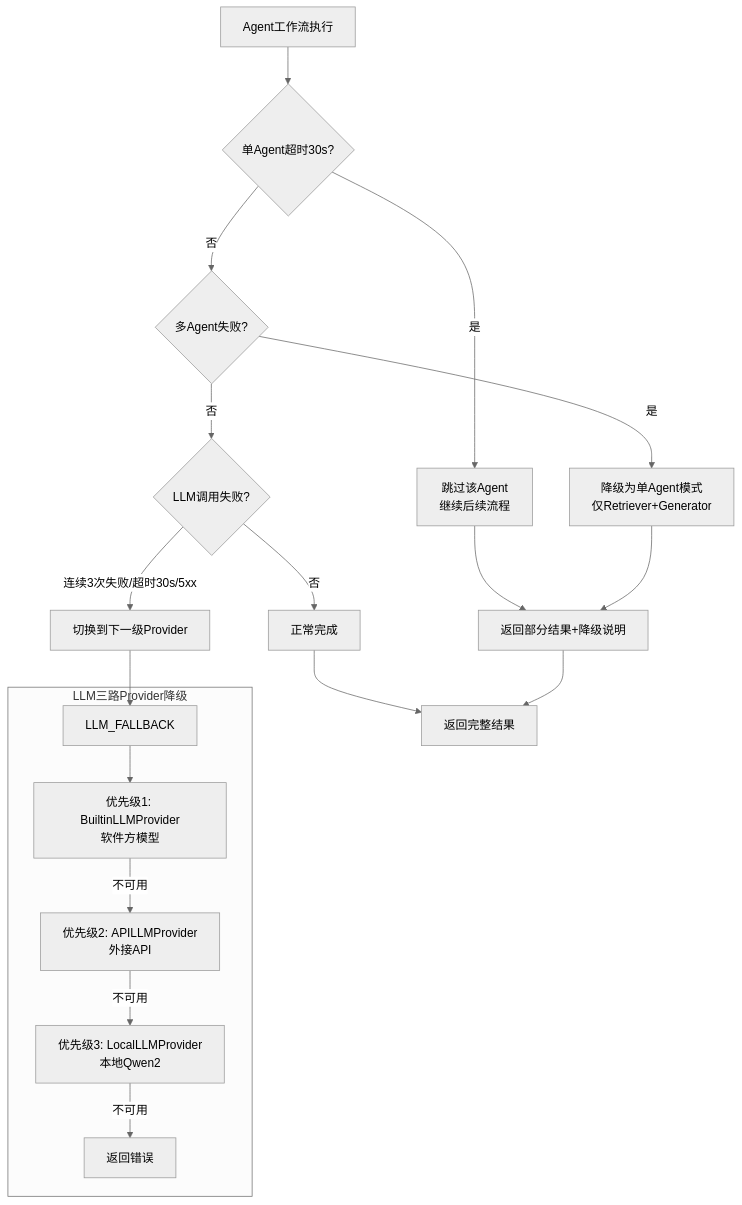
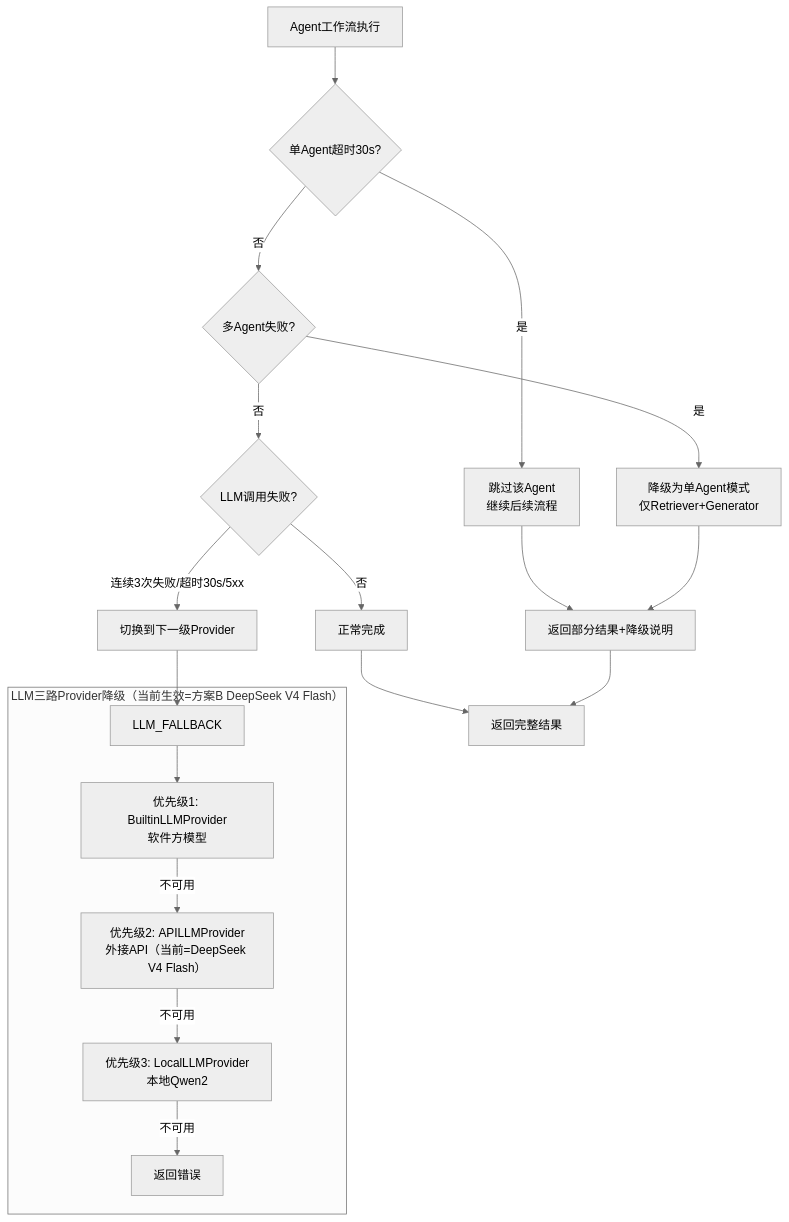
Before and after one commit to Fsu7/Veritas-: diagram 13 of 15 in docs/系统完整工作流程文档.md, drawn with Mermaid (neutral theme). The commit also changed 10 other files, not shown here.

First line of the commit message:
docs: update all documents to switch default LLM to DeepSeek V4 Flash

````diff
--- a/docs/系统完整工作流程文档.md
+++ b/docs/系统完整工作流程文档.md
@@ -763,27 +763,27 @@
 ```mermaid
 flowchart TD
     START["Agent工作流执行"] --> L1{"单Agent超时30s?"}
 
     L1 -->|是| SKIP["跳过该Agent\n继续后续流程"]
     L1 -->|否| L2{"多Agent失败?"}
 
     L2 -->|是| DEGRADE["降级为单Agent模式\n仅Retriever+Generator"]
     L2 -->|否| L3{"LLM调用失败?"}
 
     L3 -->|连续3次失败/超时30s/5xx| SWITCH["切换到下一级Provider"]
     L3 -->|否| SUCCESS["正常完成"]
 
     SKIP --> RESULT["返回部分结果+降级说明"]
     DEGRADE --> RESULT
     SWITCH --> LLM_FALLBACK
 
-    subgraph LLM_CHAIN["LLM三路Provider降级"]
+    subgraph LLM_CHAIN["LLM三路Provider降级（当前生效=方案B DeepSeek V4 Flash）"]
         LLM_FALLBACK --> P1["优先级1: BuiltinLLMProvider\n软件方模型"]
-        P1 -->|不可用| P2["优先级2: APILLMProvider\n外接API"]
+        P1 -->|不可用| P2["优先级2: APILLMProvider\n外接API（当前=DeepSeek V4 Flash）"]
         P2 -->|不可用| P3["优先级3: LocalLLMProvider\n本地Qwen2"]
         P3 -->|不可用| ERROR["返回错误"]
     end
 
     SUCCESS --> DONE["返回完整结果"]
     RESULT --> DONE
 ```
````
